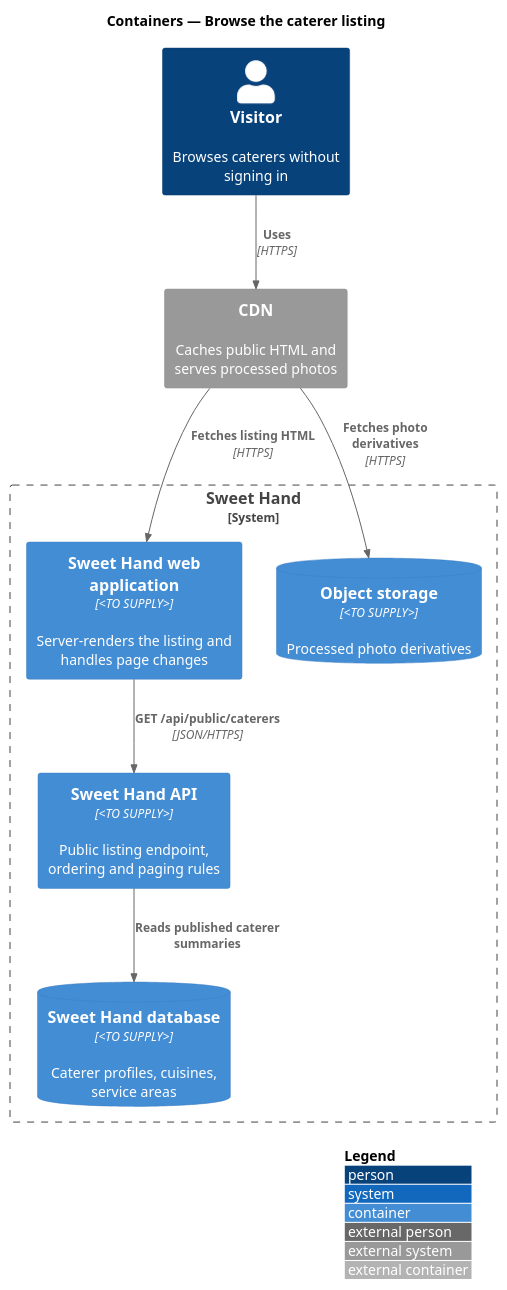
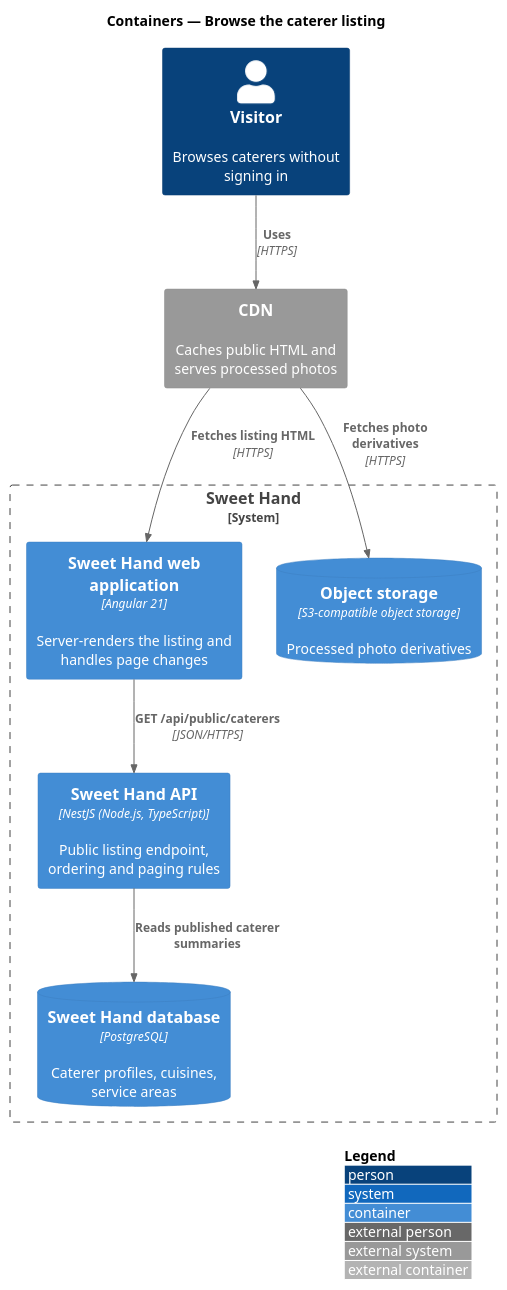
Before and after one commit to QuinntyneBrown/sweet-hand: the diagram in docs/detailed-designs/discovery/browse-listing/diagrams/c4-container.puml, drawn with PlantUML. The commit also changed 32 other files, not shown here.

```diff
--- a/docs/detailed-designs/discovery/browse-listing/diagrams/c4-container.puml
+++ b/docs/detailed-designs/discovery/browse-listing/diagrams/c4-container.puml
@@ -1,19 +1,19 @@
 @startuml
 !include <C4/C4_Container>
 LAYOUT_WITH_LEGEND()
 title Containers — Browse the caterer listing
 
 Person(visitor, "Visitor", "Browses caterers without signing in")
 System_Ext(cdn, "CDN", "Caches public HTML and serves processed photos")
 System_Boundary(sweethand, "Sweet Hand") {
-  Container(web, "Sweet Hand web application", "<TO SUPPLY>", "Server-renders the listing and handles page changes")
-  Container(api, "Sweet Hand API", "<TO SUPPLY>", "Public listing endpoint, ordering and paging rules")
-  ContainerDb(db, "Sweet Hand database", "<TO SUPPLY>", "Caterer profiles, cuisines, service areas")
-  ContainerDb(storage, "Object storage", "<TO SUPPLY>", "Processed photo derivatives")
+  Container(web, "Sweet Hand web application", "Angular 21", "Server-renders the listing and handles page changes")
+  Container(api, "Sweet Hand API", "NestJS (Node.js, TypeScript)", "Public listing endpoint, ordering and paging rules")
+  ContainerDb(db, "Sweet Hand database", "PostgreSQL", "Caterer profiles, cuisines, service areas")
+  ContainerDb(storage, "Object storage", "S3-compatible object storage", "Processed photo derivatives")
 }
 Rel(visitor, cdn, "Uses", "HTTPS")
 Rel(cdn, web, "Fetches listing HTML", "HTTPS")
 Rel(cdn, storage, "Fetches photo derivatives", "HTTPS")
 Rel(web, api, "GET /api/public/caterers", "JSON/HTTPS")
 Rel(api, db, "Reads published caterer summaries")
 @enduml
```
